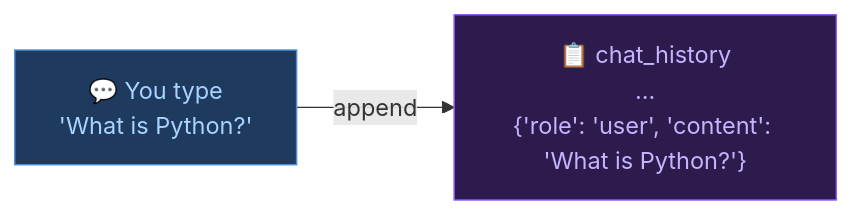
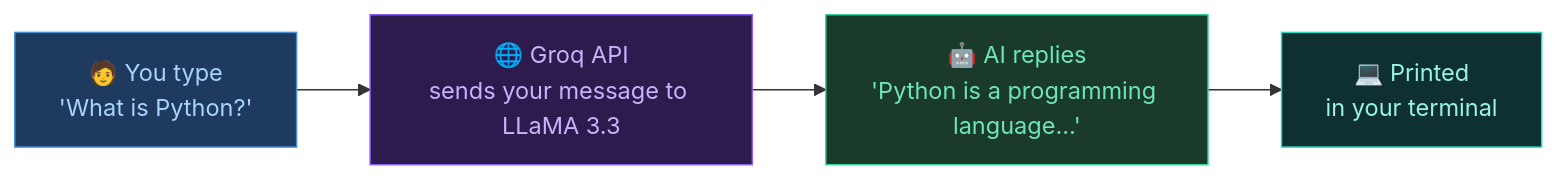
Before and after one commit to abdulsamadxai/groq-chatbot-basic: the first of 7 diagrams in README.md, drawn with Mermaid. The commit also changed other lines of this file, not shown here.

````diff
--- a/README.md
+++ b/README.md
@@ -166,7 +28,9 @@
 ```mermaid
 flowchart LR
-    A["💬 You type\n'What is Python?'"]:::blue -->|append| B["📋 chat_history\n...\n{'role': 'user', 'content': 'What is Python?'}"]:::purple
+    A["🧑 You type\n'What is Python?'"]:::blue --> B["🌐 Groq API\nsends your message to LLaMA 3.3"]:::purple --> C["🤖 AI replies\n'Python is a programming language...'"]:::green --> D["💻 Printed\nin your terminal"]:::teal
 
     classDef blue fill:#1e3a5f,stroke:#4a8fd4,color:#a8d4ff
     classDef purple fill:#2d1b4e,stroke:#8b5cf6,color:#c4b5fd
+    classDef green fill:#1a3a2a,stroke:#34d399,color:#6ee7b7
+    classDef teal fill:#0f3030,stroke:#2dd4bf,color:#99f6e4
 ```
````
